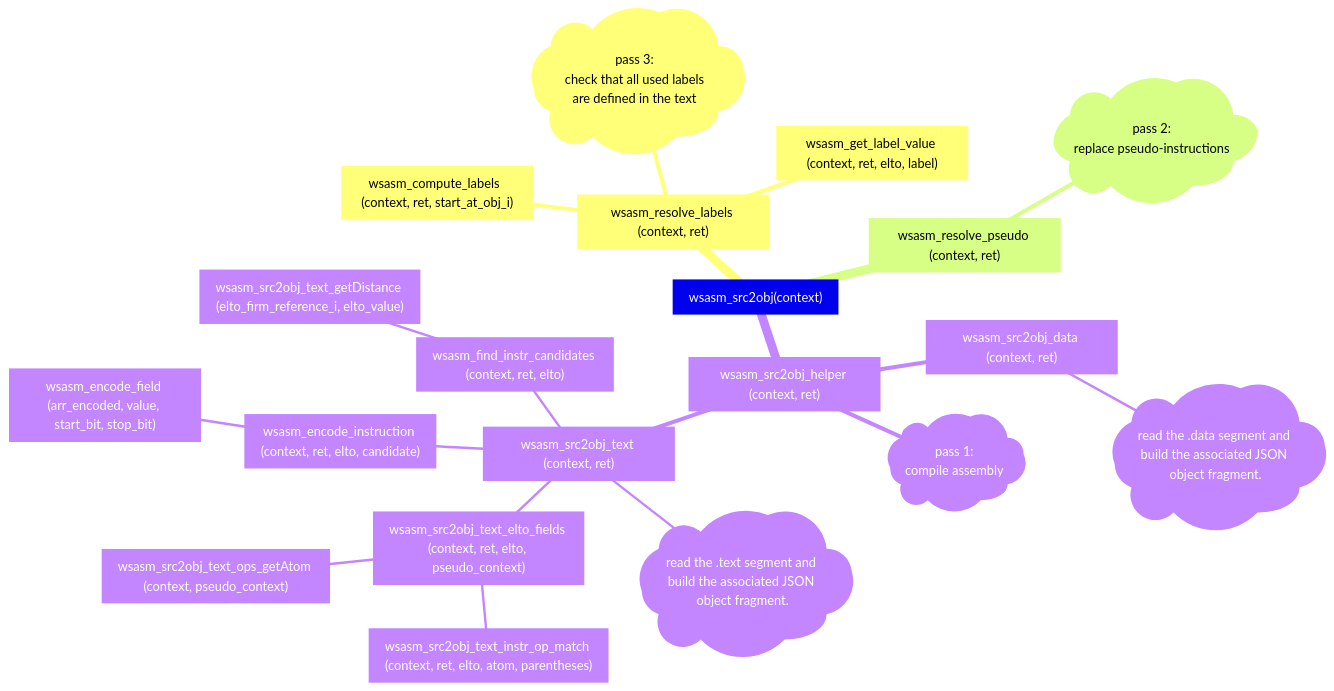
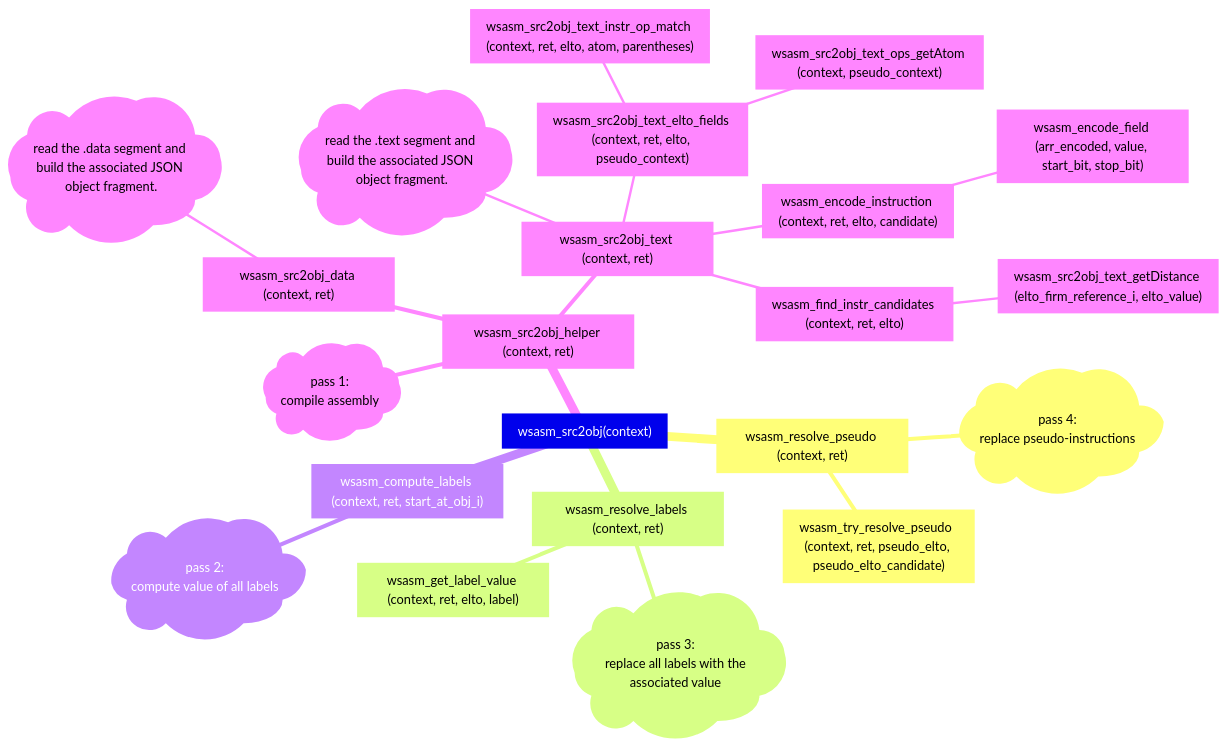
One commit to wepsim/wepsim changed the second of 3 diagrams in sim_sw/assembly/README.md. Above: the diagram before and after it, drawn with Mermaid. The commit also changed other lines of this file and 117 other files, not shown here.

````diff
--- a/sim_sw/assembly/README.md
+++ b/sim_sw/assembly/README.md
@@ -206,23 +207,25 @@
 ```mermaid
 mindmap
   root["wsasm_src2obj(context)"]
+    P4["wsasm_resolve_pseudo (context, ret)"]
+      C41)"pass 4:<br> replace pseudo-instructions"(
+      P41["wsasm_try_resolve_pseudo  (context, ret, pseudo_elto, pseudo_elto_candidate)"]
     P3["wsasm_resolve_labels (context, ret)"]
-      C31)"pass 3:<br> check that all used labels are defined in the text"(
-      P31["wsasm_compute_labels  (context, ret, start_at_obj_i)"]
-      P32["wsasm_get_label_value (context, ret, elto, label)"]
-    P2["wsasm_resolve_pseudo (context, ret)"]
-      C21)"pass 2:<br> replace pseudo-instructions"(
+      C31)"pass 3:<br> replace all labels with the associated value"(
+      P42["wsasm_get_label_value (context, ret, elto, label)"]
+    P2["wsasm_compute_labels (context, ret, start_at_obj_i)"]
+      C21)"pass 2:<br> compute value of all labels"(
     P1["wsasm_src2obj_helper (context, ret)"]
       C11)"pass 1:<br> compile assembly"(
       P11["wsasm_src2obj_data (context, ret)"]
         B11)"read the .data segment and build the associated JSON object fragment."(
       P12["wsasm_src2obj_text (context, ret)"]
         B12)"read the .text segment and build the associated JSON object fragment."(
         P121["wsasm_src2obj_text_elto_fields (context, ret, elto, pseudo_context)"]
           P1211["wsasm_src2obj_text_instr_op_match (context, ret, elto, atom, parentheses)"]
           P1212["wsasm_src2obj_text_ops_getAtom (context, pseudo_context)"]
         P122["wsasm_encode_instruction (context, ret, elto, candidate)"]
             P1221["wsasm_encode_field (arr_encoded, value, start_bit, stop_bit)"]
         P123["wsasm_find_instr_candidates (context, ret, elto)"]
             P123["wsasm_src2obj_text_getDistance (elto_firm_reference_i, elto_value)"]
 ```
````
